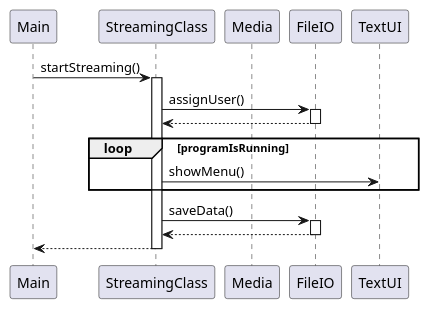
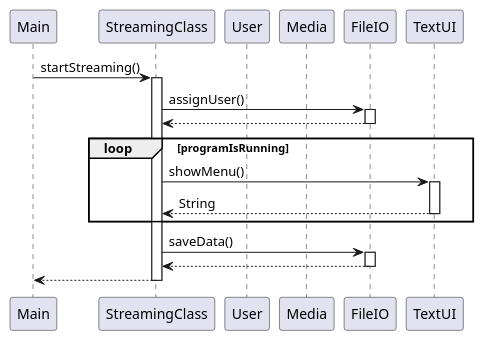
One commit to Studiegruppe-B/SP3-Streamingtjeneste changed the diagram in doc/model/dynamic/sekvensDiagram.puml. Above: the diagram before and after it, drawn with PlantUML.

Commit message:
Små ændringer 2

```diff
--- a/doc/model/dynamic/sekvensDiagram.puml
+++ b/doc/model/dynamic/sekvensDiagram.puml
@@ -1,27 +1,31 @@
 @startuml
 participant Main
 participant StreamingClass
+participant User
 participant Media
 participant FileIO
 participant TextUI
 
 Main -> StreamingClass : startStreaming()
 activate StreamingClass
 
 StreamingClass -> FileIO : assignUser()
 activate FileIO
 FileIO --> StreamingClass
 deactivate FileIO
 
 loop programIsRunning
     StreamingClass -> TextUI : showMenu()
+    activate TextUI
+    TextUI --> StreamingClass : String
+    deactivate TextUI
 end
 
 StreamingClass -> FileIO : saveData()
 activate FileIO
 FileIO --> StreamingClass
 deactivate FileIO
 
 StreamingClass --> Main
 deactivate StreamingClass
 @enduml
```
